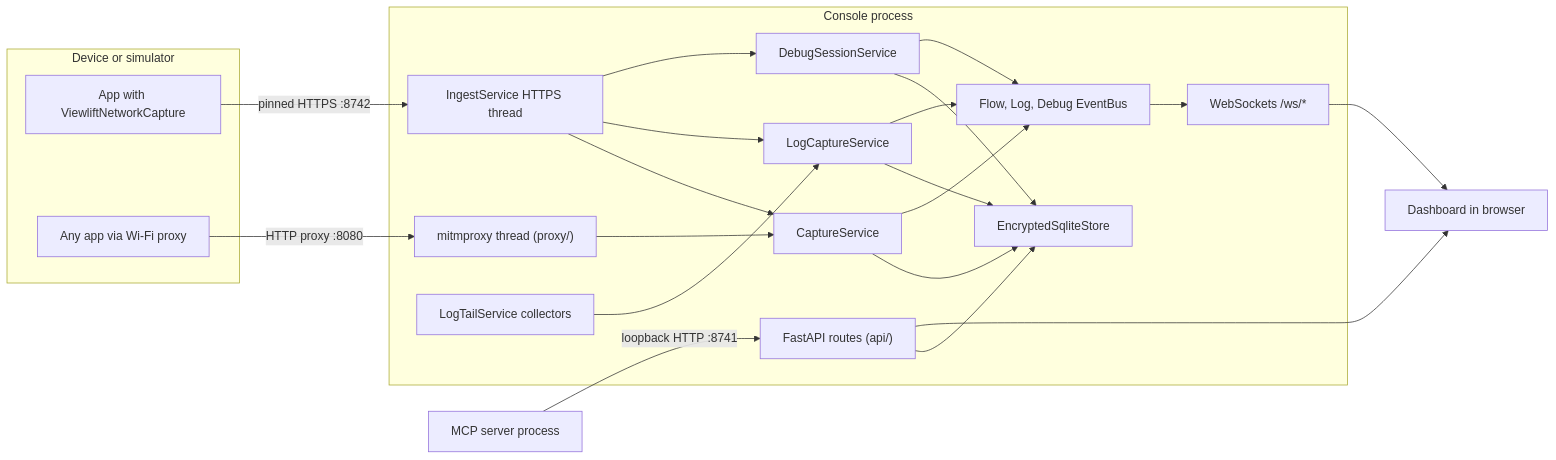
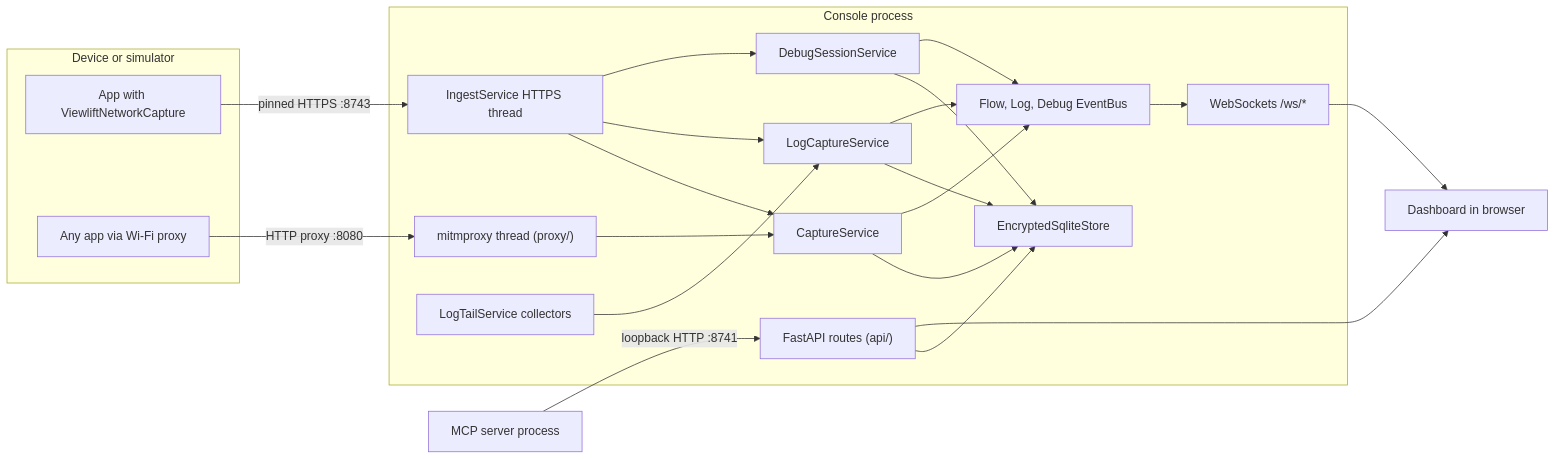
One commit to rakesh-vl/viewlift-ai changed the diagram in docs/architecture.md. Above: the diagram before and after it, drawn with Mermaid. The commit also changed other lines of this file and 234 other files, not shown here.

````diff
--- a/docs/architecture.md
+++ b/docs/architecture.md
@@ -5,40 +5,40 @@
 ```mermaid
 flowchart LR
     subgraph device [Device or simulator]
         App["App with ViewliftNetworkCapture"]
         AnyApp["Any app via Wi-Fi proxy"]
     end
     subgraph console [Console process]
         Mitm["mitmproxy thread (proxy/)"]
         Ingest["IngestService HTTPS thread"]
         LogTail["LogTailService collectors"]
         Capture[CaptureService]
         LogCap[LogCaptureService]
         Debug[DebugSessionService]
         Store[EncryptedSqliteStore]
         Buses["Flow, Log, Debug EventBus"]
         Api["FastAPI routes (api/)"]
         Ws["WebSockets /ws/*"]
     end
     Browser["Dashboard in browser"]
     Mcp["MCP server process"]
 
     AnyApp -->|"HTTP proxy :8080"| Mitm
-    App -->|"pinned HTTPS :8742"| Ingest
+    App -->|"pinned HTTPS :8743"| Ingest
     Mitm --> Capture
     Ingest --> Capture
     Ingest --> LogCap
     Ingest --> Debug
     LogTail --> LogCap
     Capture --> Store
     LogCap --> Store
     Debug --> Store
     Capture --> Buses
     LogCap --> Buses
     Debug --> Buses
     Buses --> Ws
     Api --> Store
     Ws --> Browser
     Api --> Browser
     Mcp -->|"loopback HTTP :8741"| Api
 ```
````
